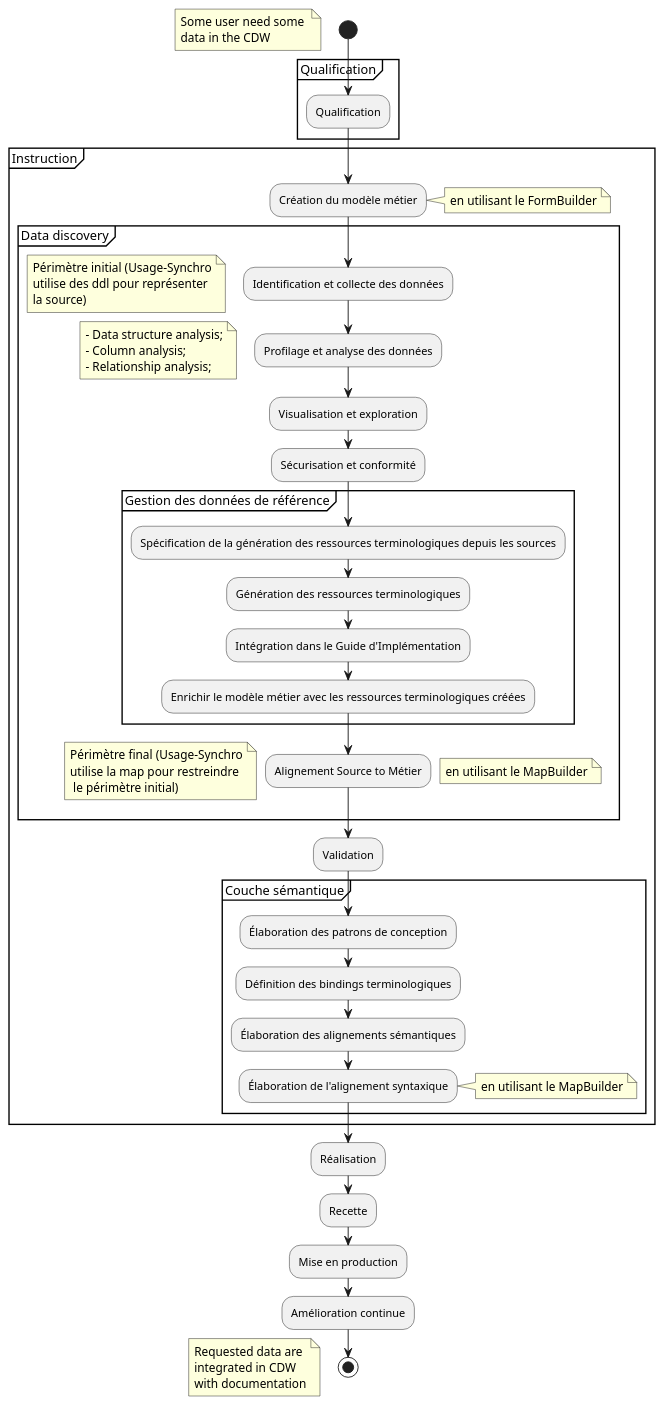
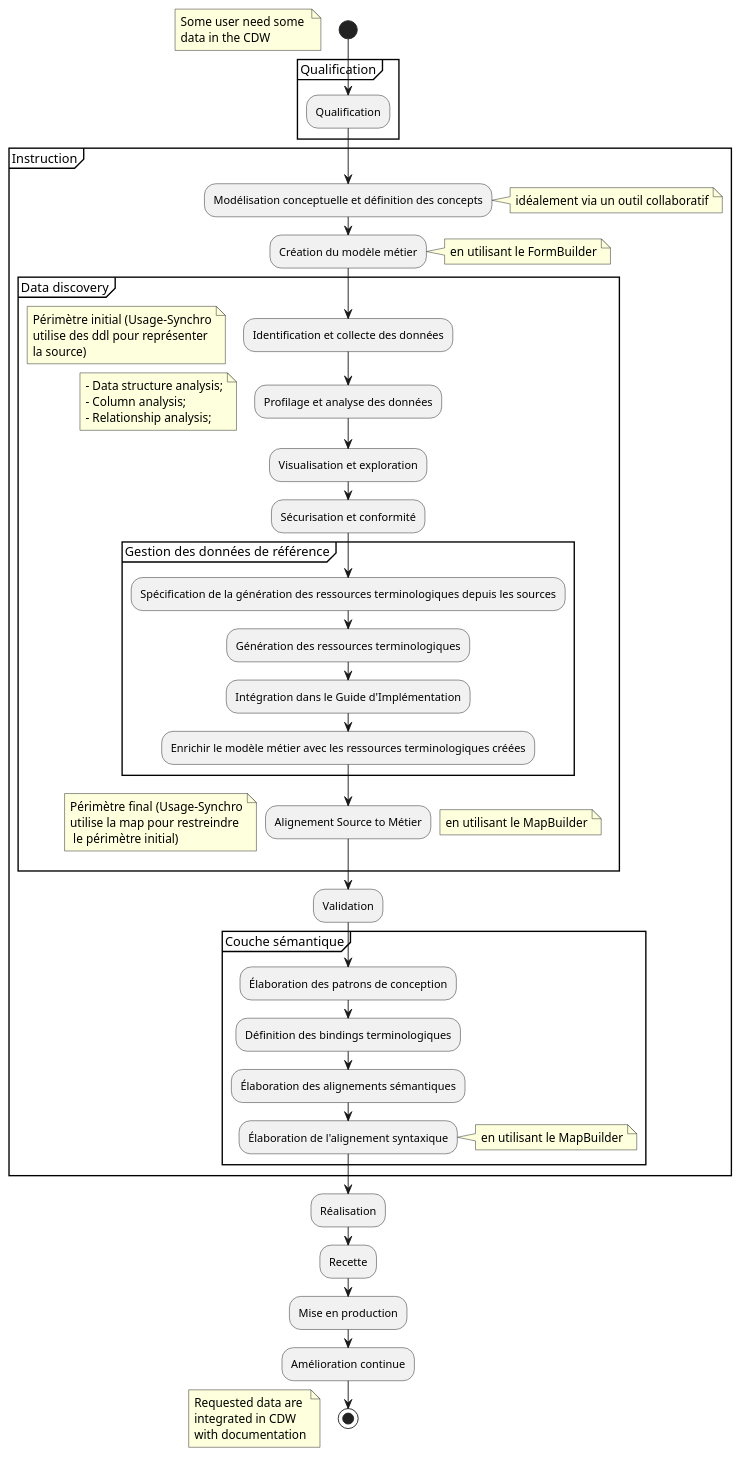
The diagram in input/images-source/delivery-process.plantuml (aphp/IG-fhir-dm), drawn with PlantUML before and after one commit.

Commit message:
ajout de la modélisation conceptuelle au diagramme d'activité du délivery process

```diff
--- a/input/images-source/delivery-process.plantuml
+++ b/input/images-source/delivery-process.plantuml
@@ -1,66 +1,68 @@
 @startuml
 
 start
     floating note
         Some user need some 
         data in the CDW
     end note
 
 group Qualification
     :Qualification;
 end group
 
 group Instruction
+    :Modélisation conceptuelle et définition des concepts;
+        note right: idéalement via un outil collaboratif
     :Création du modèle métier; 
         note right: en utilisant le FormBuilder
     group Data discovery
         :Identification et collecte des données;
             floating note
                 Périmètre initial (Usage-Synchro
                 utilise des ddl pour représenter
                 la source)
             end note
         :Profilage et analyse des données;
             floating note
                 - Data structure analysis;
                 - Column analysis;
                 - Relationship analysis;
             end note
         :Visualisation et exploration;
         :Sécurisation et conformité;
         group Gestion des données de référence
             :Spécification de la génération des ressources terminologiques depuis les sources;
             :Génération des ressources terminologiques;
             :Intégration dans le Guide d'Implémentation;
             :Enrichir le modèle métier avec les ressources terminologiques créées;
         end group
         :Alignement Source to Métier;
             floating note
                 Périmètre final (Usage-Synchro
                 utilise la map pour restreindre
                  le périmètre initial)
             end note
             note right: en utilisant le MapBuilder
     end group
     :Validation;
     group Couche sémantique
         :Élaboration des patrons de conception;
         :Définition des bindings terminologiques;
         :Élaboration des alignements sémantiques;
         :Élaboration de l'alignement syntaxique;
             note right: en utilisant le MapBuilder
     end group
 end group
 
 :Réalisation;
 :Recette;
 :Mise en production;
 :Amélioration continue;
 
 stop
     floating note
         Requested data are 
         integrated in CDW
         with documentation
     end note
 @enduml
```
